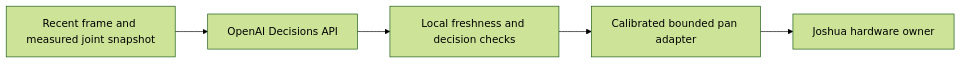
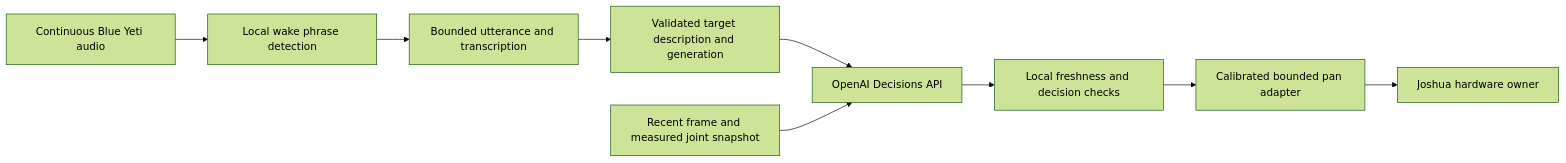
Before and after one commit to Joshua-AI-Robotics/Joshua: the diagram in doc/OPENAI_DECISIONS_CAMERA_HEAD_DEMO.md, drawn with Mermaid (forest theme). The commit also changed other lines of this file, not shown here.

First line of the commit message:
docs: plan wake-phrase mic input for Decisions camera-head demo

````diff
--- a/doc/OPENAI_DECISIONS_CAMERA_HEAD_DEMO.md
+++ b/doc/OPENAI_DECISIONS_CAMERA_HEAD_DEMO.md
@@ -62,7 +132,11 @@
 ```mermaid
 flowchart LR
+    Mic[Continuous Blue Yeti audio] --> Wake[Local wake phrase detection]
+    Wake --> Speech[Bounded utterance and transcription]
+    Speech --> Target[Validated target description and generation]
+    Target --> API[OpenAI Decisions API]
     Snapshot[Recent frame and measured joint snapshot] --> API[OpenAI Decisions API]
     API --> Gate[Local freshness and decision checks]
     Gate --> Adapter[Calibrated bounded pan adapter]
     Adapter --> Owner[Joshua hardware owner]
 ```
````
